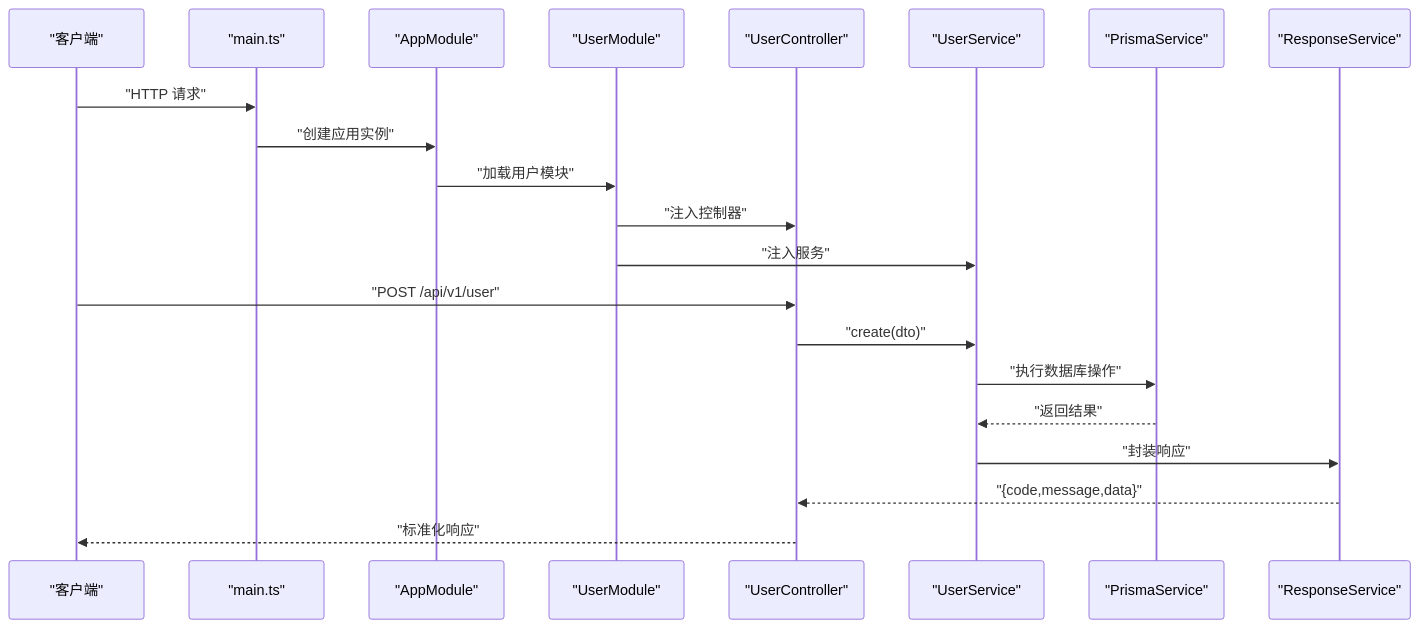
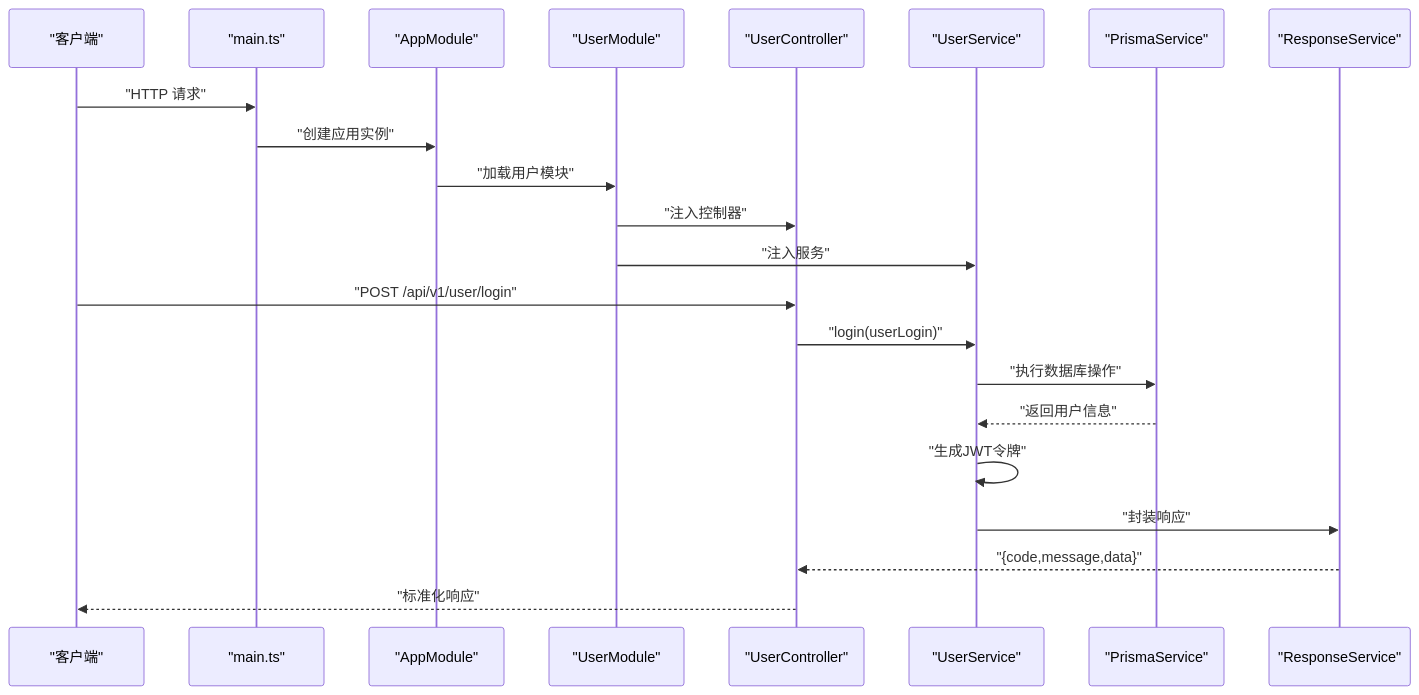
One commit to LihaoZDB/English-Study changed the second of 4 diagrams in .qoder/repowiki/zh/content/后端开发/核心业务服务/用户管理系统/用户管理系统.md. Above: the diagram before and after it, drawn with Mermaid. The commit also changed other lines of this file and 9 other files, not shown here.

````diff
--- a/.qoder/repowiki/zh/content/后端开发/核心业务服务/用户管理系统/用户管理系统.md
+++ b/.qoder/repowiki/zh/content/后端开发/核心业务服务/用户管理系统/用户管理系统.md
@@ -113,23 +134,24 @@
 ```mermaid
 sequenceDiagram
 participant C as "客户端"
 participant M as "main.ts"
 participant AM as "AppModule"
 participant UM as "UserModule"
 participant UC as "UserController"
 participant US as "UserService"
 participant PS as "PrismaService"
 participant RS as "ResponseService"
 C->>M : "HTTP 请求"
 M->>AM : "创建应用实例"
 AM->>UM : "加载用户模块"
 UM->>UC : "注入控制器"
 UM->>US : "注入服务"
-C->>UC : "POST /api/v1/user"
-UC->>US : "create(dto)"
+C->>UC : "POST /api/v1/user/login"
+UC->>US : "login(userLogin)"
 US->>PS : "执行数据库操作"
-PS-->>US : "返回结果"
+PS-->>US : "返回用户信息"
+US->>US : "生成JWT令牌"
 US->>RS : "封装响应"
 RS-->>UC : "{code,message,data}"
 UC-->>C : "标准化响应"
 ```
````
